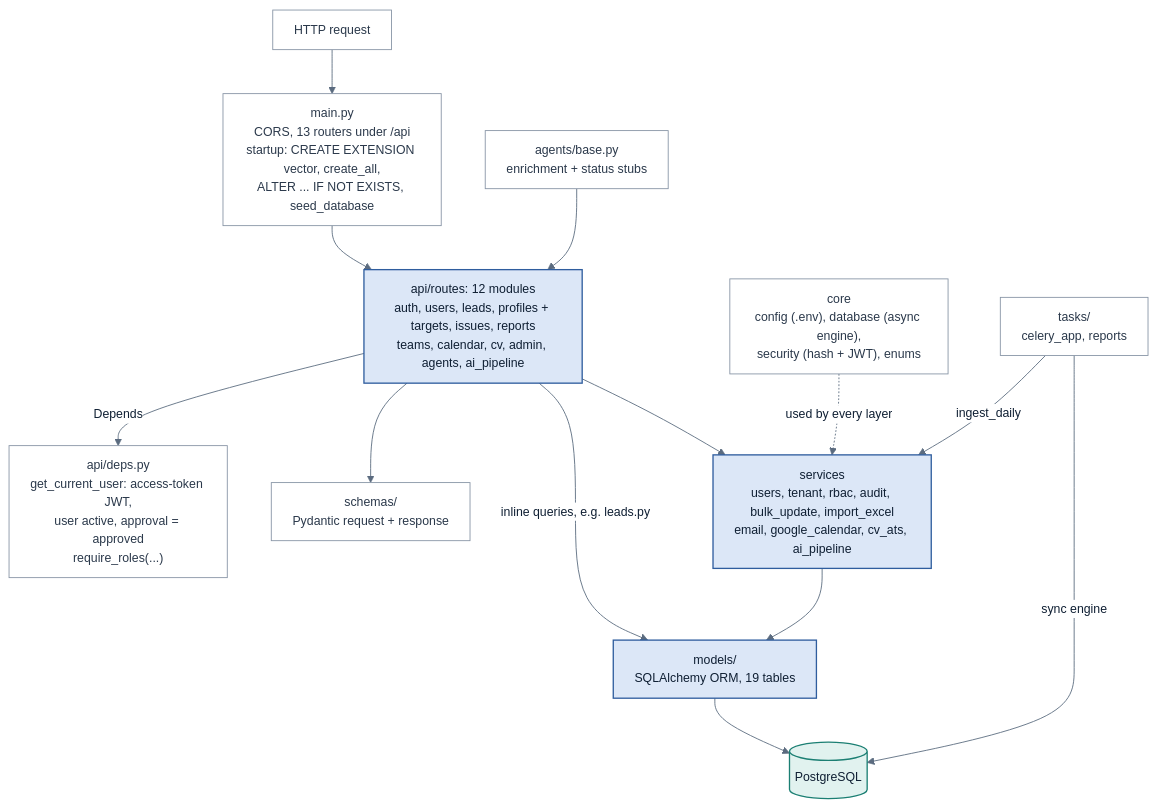
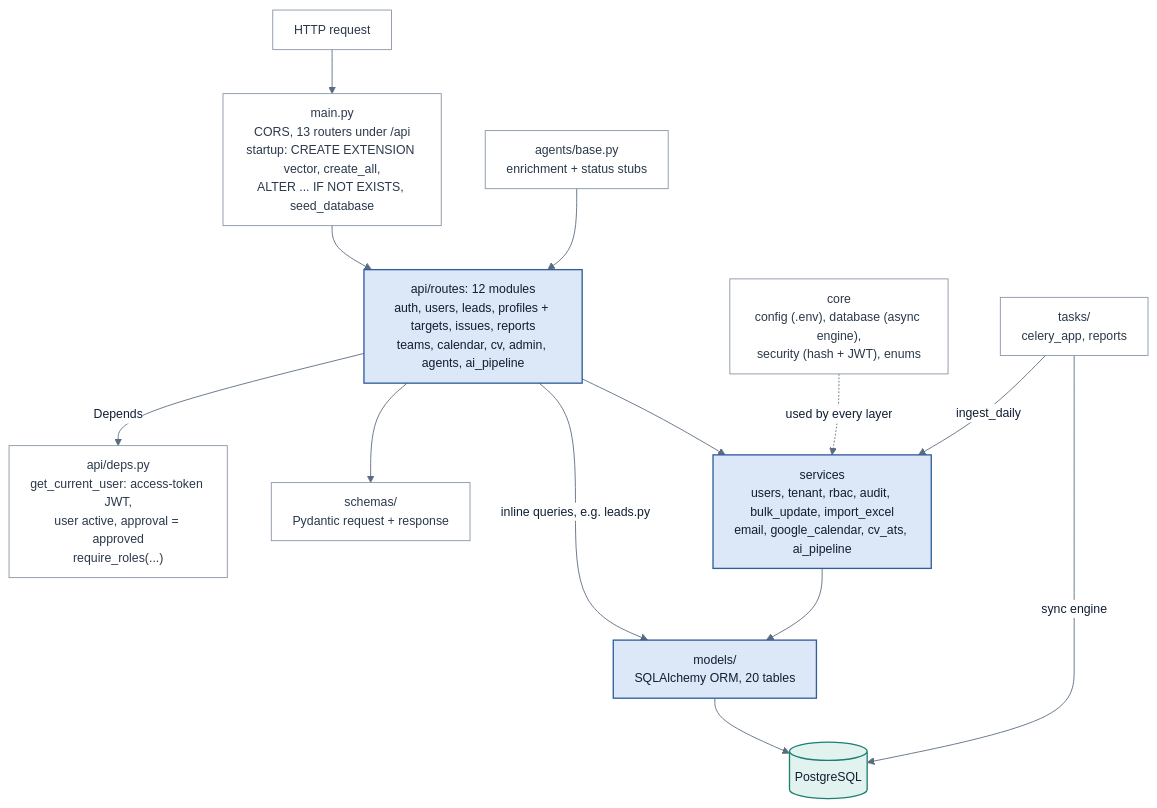
Before and after one commit to saimm97/lead-management-system: the second of 8 diagrams in docs/ARCHITECTURE.md, drawn with Mermaid. The commit also changed other lines of this file and 4 other files, not shown here.

Commit message:
feat(pipeline): Refresh Pipeline button, 7/14/30/60-day filter; update architecture docs

````diff
--- a/docs/ARCHITECTURE.md
+++ b/docs/ARCHITECTURE.md
@@ -68,25 +68,25 @@
 ```mermaid
 %%{init: {'theme':'base','themeVariables':{'fontFamily':'Arial, Helvetica, sans-serif','fontSize':'14px','primaryColor':'#EAF1FB','primaryBorderColor':'#2F5D9E','primaryTextColor':'#0F1F33','secondaryColor':'#F3F5F8','tertiaryColor':'#F7F9FC','lineColor':'#5B6B7F','textColor':'#0F1F33','clusterBkg':'#F6F8FB','clusterBorder':'#C3CDDA','edgeLabelBackground':'#FFFFFF','actorBkg':'#EAF1FB','actorBorder':'#2F5D9E','actorTextColor':'#0F1F33','actorLineColor':'#9AA8BA','signalColor':'#3B4A5E','signalTextColor':'#0F1F33','labelBoxBkgColor':'#EAF1FB','labelBoxBorderColor':'#2F5D9E','noteBkgColor':'#F3F5F8','noteBorderColor':'#9AA8BA','activationBkgColor':'#DCE7F7','sequenceNumberColor':'#FFFFFF','attributeBackgroundColorOdd':'#F6F8FB','attributeBackgroundColorEven':'#FFFFFF'},'flowchart':{'curve':'basis','padding':12}}}%%
 flowchart TB
 REQ["HTTP request"] --> MAIN["main.py<br/>CORS, 13 routers under /api<br/>startup: CREATE EXTENSION vector, create_all,<br/>ALTER ... IF NOT EXISTS, seed_database"]
 MAIN --> ROUTES["api/routes: 12 modules<br/>auth, users, leads, profiles + targets, issues, reports<br/>teams, calendar, cv, admin, agents, ai_pipeline"]
 ROUTES -->|"Depends"| DEPS["api/deps.py<br/>get_current_user: access-token JWT,<br/>user active, approval = approved<br/>require_roles(...)"]
 ROUTES --> SCH["schemas/<br/>Pydantic request + response"]
 ROUTES --> SVC["services<br/>users, tenant, rbac, audit, bulk_update, import_excel<br/>email, google_calendar, cv_ats, ai_pipeline"]
 ROUTES -->|"inline queries, e.g. leads.py"| ORM
-SVC --> ORM["models/<br/>SQLAlchemy ORM, 19 tables"]
+SVC --> ORM["models/<br/>SQLAlchemy ORM, 20 tables"]
 ORM --> DB[("PostgreSQL")]
 CORE["core<br/>config (.env), database (async engine),<br/>security (hash + JWT), enums"] -.->|"used by every layer"| SVC
 AG["agents/base.py<br/>enrichment + status stubs"] --> ROUTES
 TASKS["tasks/<br/>celery_app, reports"] -->|"sync engine"| DB
 TASKS -->|"ingest_daily"| SVC
 classDef layer fill:#DCE7F7,stroke:#2F5D9E,stroke-width:1.5px,color:#0F1F33
 classDef aux fill:#FFFFFF,stroke:#8794A5,color:#2B394B
 classDef store fill:#E1F2EF,stroke:#1B7F73,stroke-width:1.5px,color:#0F1F33
 classDef ext fill:#F1F3F6,stroke:#8794A5,stroke-dasharray:4 3,color:#2B394B
 classDef actor fill:#1F3A5F,stroke:#1F3A5F,color:#FFFFFF
 classDef warn fill:#FDECEA,stroke:#B3261E,stroke-dasharray:4 3,color:#7A1B15
 class ROUTES,SVC,ORM layer
 class REQ,MAIN,DEPS,SCH,CORE,AG,TASKS aux
 class DB store
 ```
````
